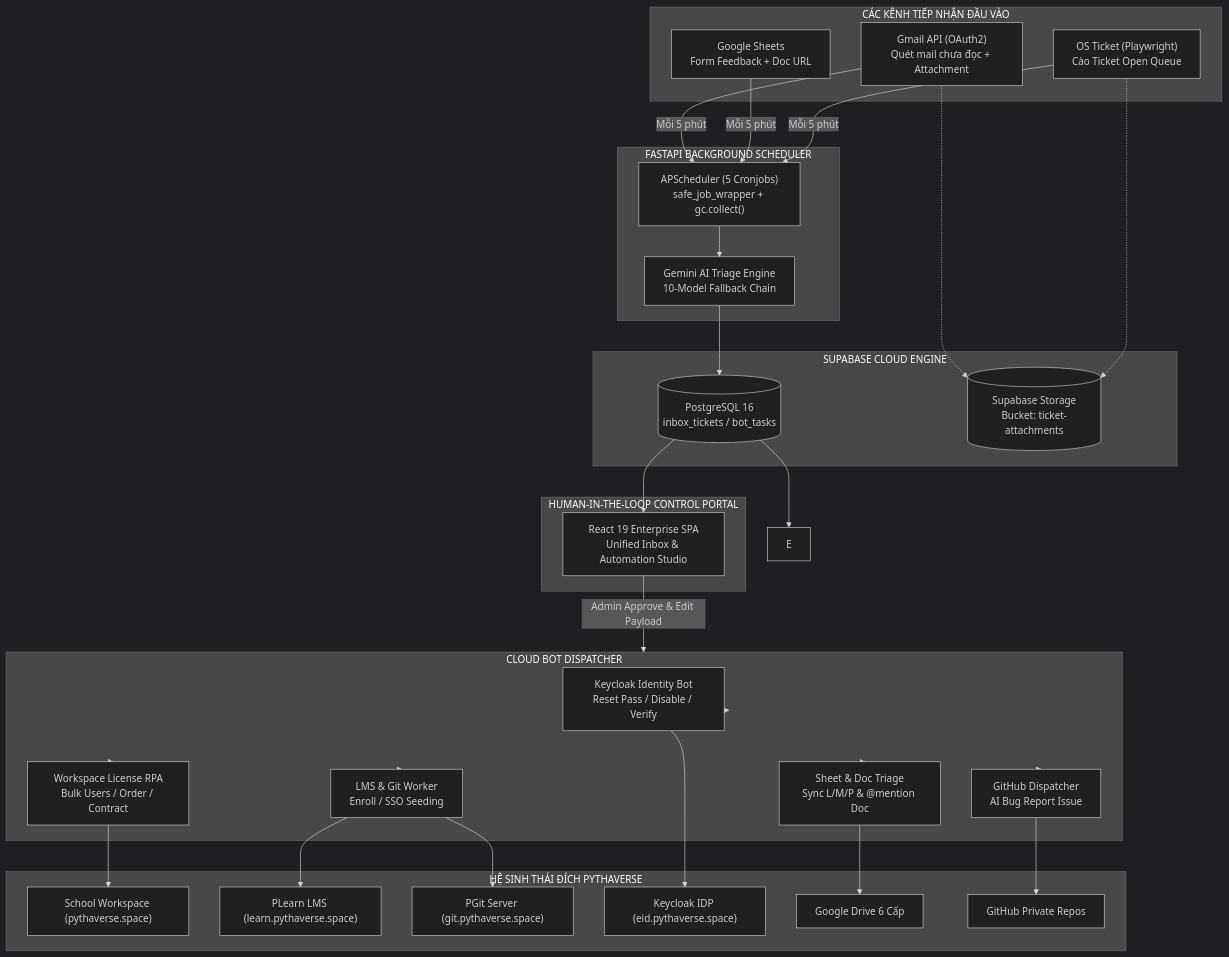
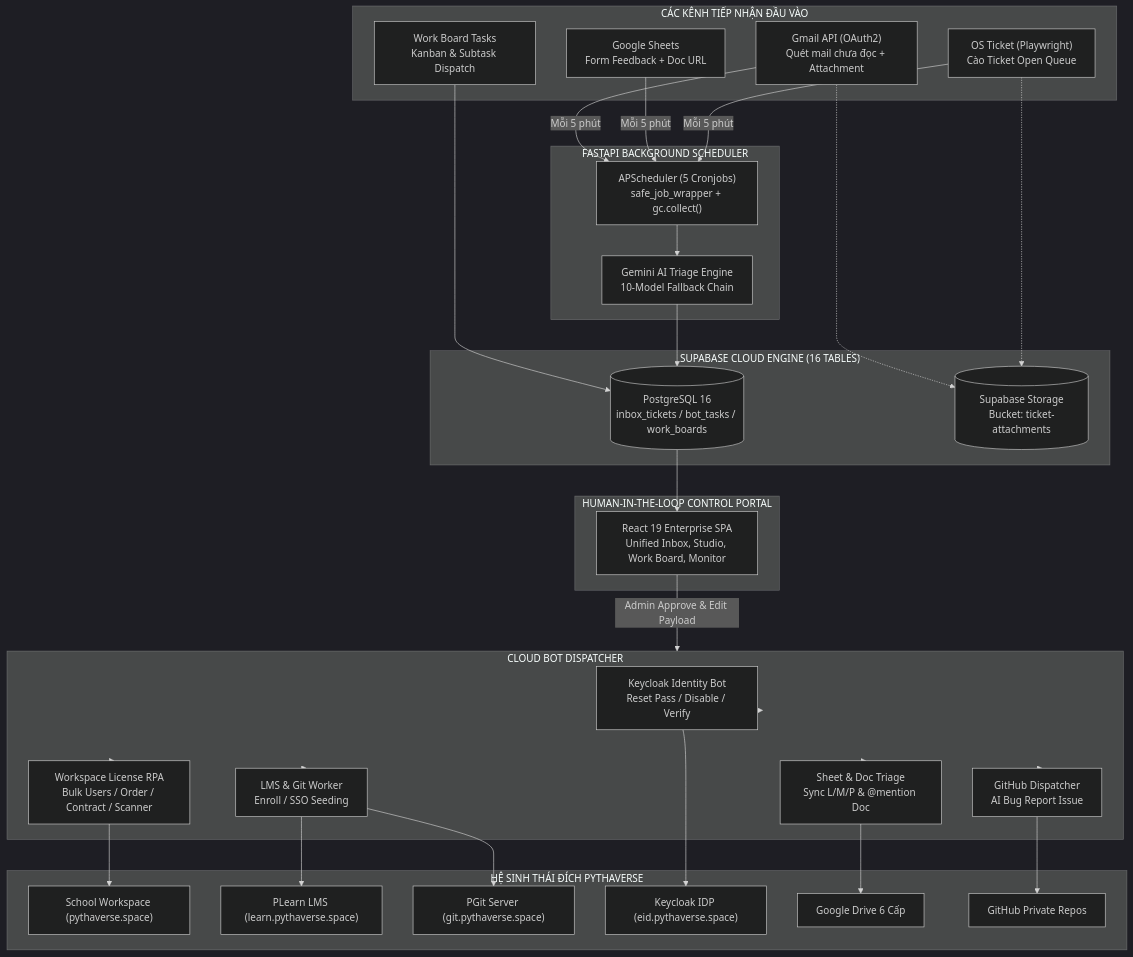
Before and after one commit to hungnm-1225/ptv-tasks-administrator: the first of 3 diagrams in README.md, drawn with Mermaid (dark theme). The commit also changed other lines of this file and 1 other file, not shown here.

````diff
--- a/README.md
+++ b/README.md
@@ -103,56 +104,57 @@
 ```mermaid
 flowchart TD
     subgraph INGESTION["CÁC KÊNH TIẾP NHẬN ĐẦU VÀO"]
         A1["Gmail API (OAuth2)<br/>Quét mail chưa đọc + Attachment"]
         A2["Google Sheets<br/>Form Feedback + Doc URL"]
         A3["OS Ticket (Playwright)<br/>Cào Ticket Open Queue"]
+        A4["Work Board Tasks<br/>Kanban & Subtask Dispatch"]
     end
 
     subgraph ENGINE["FASTAPI BACKGROUND SCHEDULER"]
         B["APScheduler (5 Cronjobs)<br/>safe_job_wrapper + gc.collect()"]
         C["Gemini AI Triage Engine<br/>10-Model Fallback Chain"]
     end
 
-    subgraph DB["SUPABASE CLOUD ENGINE"]
-        D[("PostgreSQL 16<br/>inbox_tickets / bot_tasks")]
+    subgraph DB["SUPABASE CLOUD ENGINE (16 TABLES)"]
+        D[("PostgreSQL 16<br/>inbox_tickets / bot_tasks / work_boards")]
         D2[("Supabase Storage<br/>Bucket: ticket-attachments")]
     end
 
     subgraph PORTAL["HUMAN-IN-THE-LOOP CONTROL PORTAL"]
-        F["React 19 Enterprise SPA<br/>Unified Inbox & Automation Studio"]
+        F["React 19 Enterprise SPA<br/>Unified Inbox, Studio, Work Board, Monitor"]
     end
 
     subgraph WORKERS["CLOUD BOT DISPATCHER"]
         G1["Keycloak Identity Bot<br/>Reset Pass / Disable / Verify"]
-        G2["Workspace License RPA<br/>Bulk Users / Order / Contract"]
+        G2["Workspace License RPA<br/>Bulk Users / Order / Contract / Scanner"]
         G3["LMS & Git Worker<br/>Enroll / SSO Seeding"]
         G4["GitHub Dispatcher<br/>AI Bug Report Issue"]
         G5["Sheet & Doc Triage<br/>Sync L/M/P & @mention Doc"]
     end
 
     subgraph ECOSYSTEM["HỆ SINH THÁI ĐÍCH PYTHAVERSE"]
         H1["School Workspace (pythaverse.space)"]
         H2["PLearn LMS (learn.pythaverse.space)"]
         H3["PGit Server (git.pythaverse.space)"]
         H4["Keycloak IDP (eid.pythaverse.space)"]
         H5["Google Drive 6 Cấp"]
         H6["GitHub Private Repos"]
     end
 
     A1 -->|Mỗi 5 phút| B
     A2 -->|Mỗi 5 phút| B
     A3 -->|Mỗi 5 phút| B
+    A4 --> D
     B --> C
     C --> D
     A1 -.-> D2
     A3 -.-> D2
-    D --> E
     D --> F
     F -->|Admin Approve & Edit Payload| WORKERS
     WORKERS --> G1 & G2 & G3 & G4 & G5
     G1 --> H4
     G2 --> H1
     G3 --> H2 & H3
     G4 --> H6
     G5 --> H5
 ```
````
